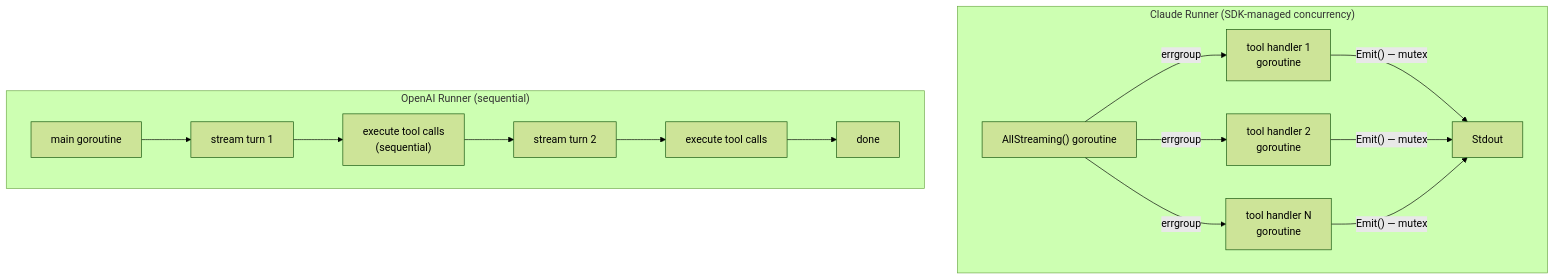
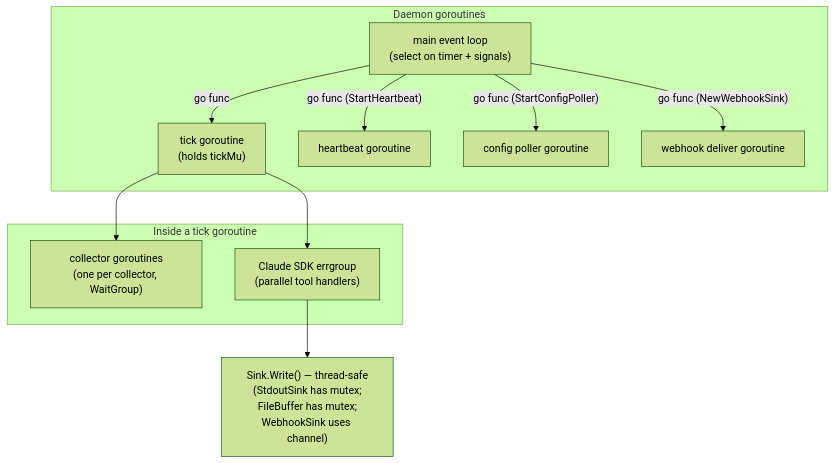
Before and after one commit to mrbrutti/okesu: diagram 17 of 17 in docs/architecture.md, drawn with Mermaid (forest theme). The commit also changed other lines of this file, not shown here.

First line of the commit message:
docs: update architecture.md for Phases 2–7

````diff
--- a/docs/architecture.md
+++ b/docs/architecture.md
@@ -911,19 +935,21 @@
 ```mermaid
 graph TD
-    subgraph "Claude Runner (SDK-managed concurrency)"
-        R1["AllStreaming() goroutine"] --> |"errgroup"| T1["tool handler 1\ngoroutine"]
-        R1 --> |"errgroup"| T2["tool handler 2\ngoroutine"]
-        R1 --> |"errgroup"| T3["tool handler N\ngoroutine"]
-        T1 --> |"Emit() — mutex"| Stdout
-        T2 --> |"Emit() — mutex"| Stdout
-        T3 --> |"Emit() — mutex"| Stdout
+    subgraph "Daemon goroutines"
+        ML["main event loop\n(select on timer + signals)"]
+        TG["tick goroutine\n(holds tickMu)"]
+        HB["heartbeat goroutine"]
+        CP["config poller goroutine"]
+        WH["webhook deliver goroutine"]
+        ML --> |"go func"| TG
+        ML --> |"go func (StartHeartbeat)"| HB
+        ML --> |"go func (StartConfigPoller)"| CP
+        ML --> |"go func (NewWebhookSink)"| WH
     end
 
-    subgraph "OpenAI Runner (sequential)"
-        R2["main goroutine"] --> S1["stream turn 1"]
-        S1 --> TC["execute tool calls\n(sequential)"]
-        TC --> S2["stream turn 2"]
-        S2 --> TC2["execute tool calls"]
-        TC2 --> Done["done"]
+    subgraph "Inside a tick goroutine"
+        TG --> Col["collector goroutines\n(one per collector, WaitGroup)"]
+        TG --> SDK["Claude SDK errgroup\n(parallel tool handlers)"]
     end
+
+    SDK --> Sink["Sink.Write() — thread-safe\n(StdoutSink has mutex;\nFileBuffer has mutex;\nWebhookSink uses channel)"]
 ```
````
